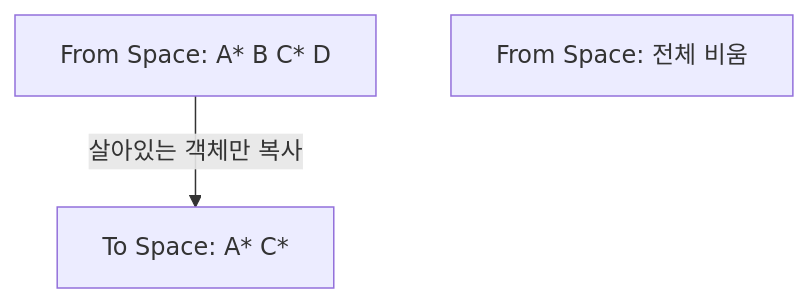
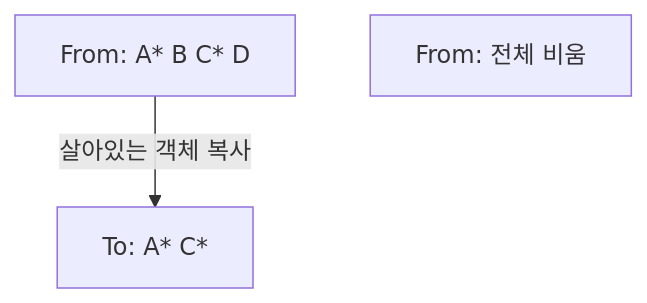
The fifth of 29 diagrams in _posts/java/2026-05-01-java-garbage-collector.md (yjkim2015/yjkim2015.github.io), drawn with Mermaid before and after one commit. The commit also changed other lines of this file and 48 other files, not shown here.

First line of the commit message:
Mermaid 최종 47건 수정: participant/노드/줄수/라벨 전부 기준 이하

````diff
--- a/_posts/java/2026-05-01-java-garbage-collector.md
+++ b/_posts/java/2026-05-01-java-garbage-collector.md
@@ -104,5 +104,5 @@
 ```mermaid
 graph TD
-    FROM1["From Space: A* B C* D"] -->|"살아있는 객체만 복사"| TO2["To Space: A* C*"]
-    FROM2["From Space: 전체 비움"]
+    FROM1["From: A* B C* D"] -->|"살아있는 객체 복사"| TO2["To: A* C*"]
+    FROM2["From: 전체 비움"]
 ```
````
